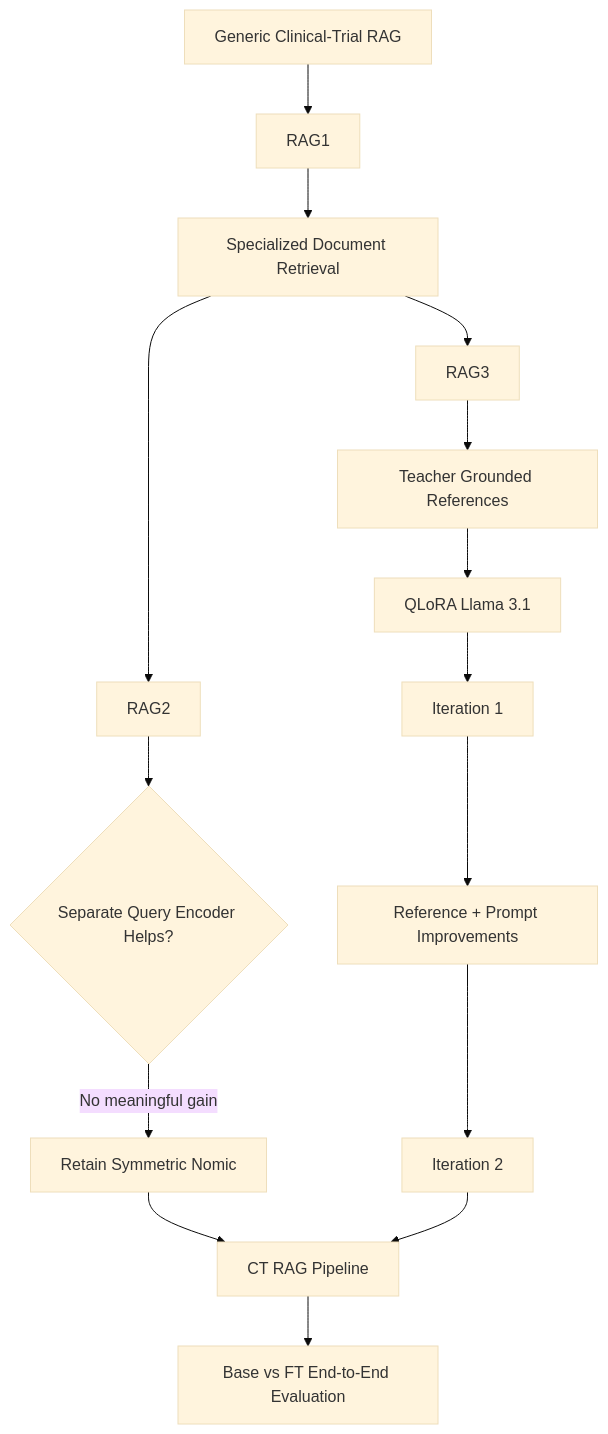
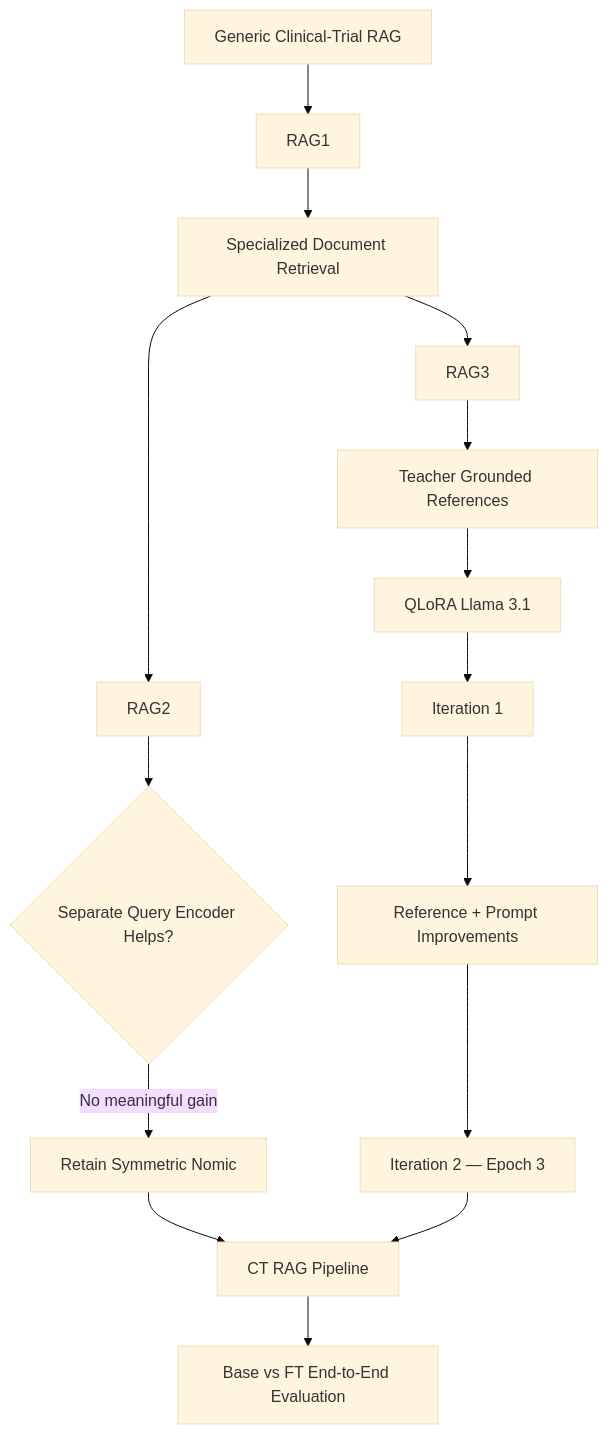
One commit to vaibhav-rj/RAG-pipeline changed the seventh of 7 diagrams in RAG_CT_complete_compressed/README.md. Above: the diagram before and after it, drawn with Mermaid (base theme). The commit also changed other lines of this file and 20 other files, not shown here.

````diff
--- a/RAG_CT_complete_compressed/README.md
+++ b/RAG_CT_complete_compressed/README.md
@@ -491,21 +665,21 @@
 ```mermaid
 flowchart TD
     A[Generic Clinical-Trial RAG] --> B[RAG1]
     B --> C[Specialized Document Retrieval]
 
     C --> D[RAG2]
     D --> E{Separate Query Encoder Helps?}
     E -->|No meaningful gain| F[Retain Symmetric Nomic]
 
     C --> G[RAG3]
     G --> H[Teacher Grounded References]
     H --> I[QLoRA Llama 3.1]
     I --> J[Iteration 1]
     J --> K[Reference + Prompt Improvements]
-    K --> L[Iteration 2]
+    K --> L[Iteration 2 — Epoch 3]
 
     F --> M[CT RAG Pipeline]
     L --> M
 
     M --> N[Base vs FT End-to-End Evaluation]
 ```
````
